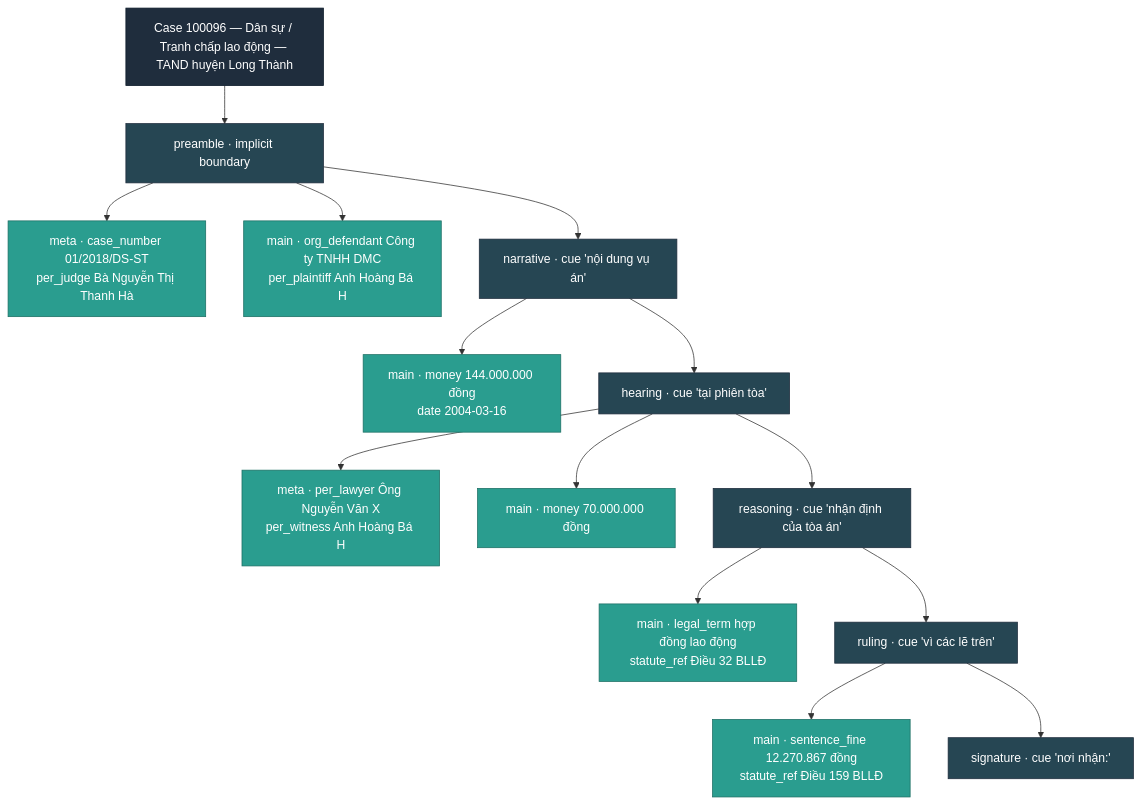
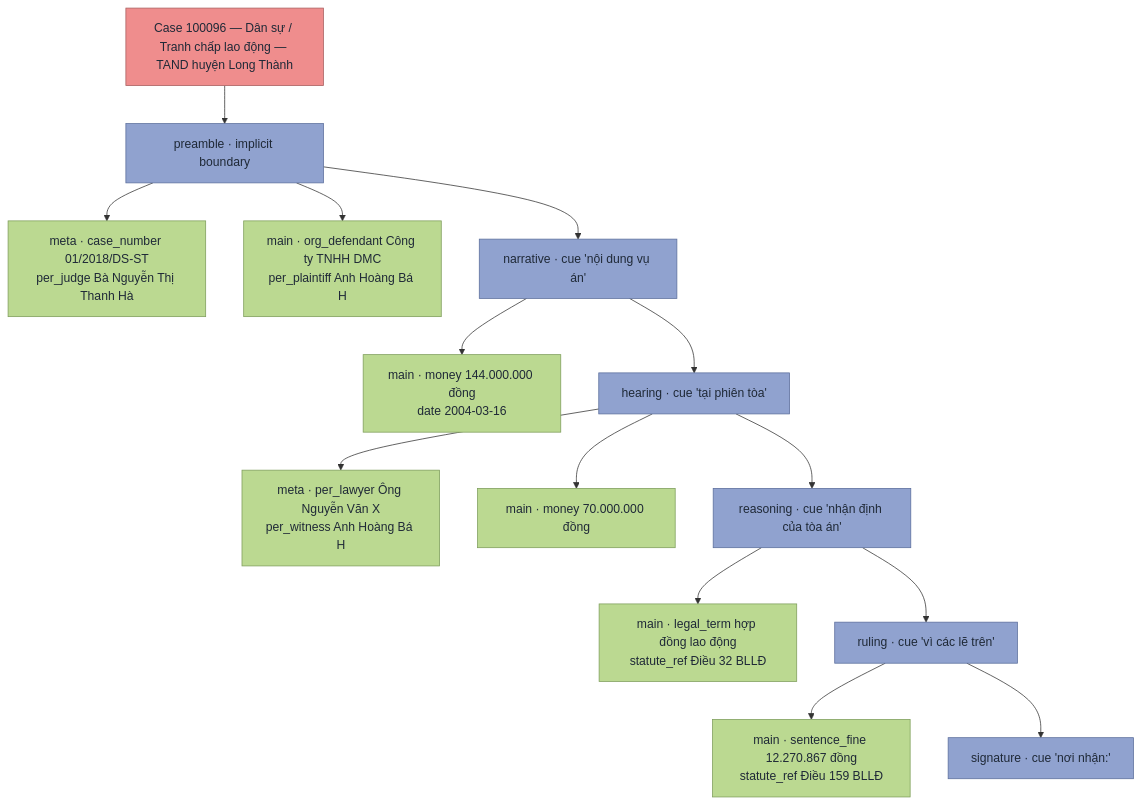
Before and after one commit to tmquan/ViLA: the diagram in wiki/DEVELOPMENT.md, drawn with Mermaid. The commit also changed 22 other files, not shown here.

````diff
--- a/wiki/DEVELOPMENT.md
+++ b/wiki/DEVELOPMENT.md
@@ -635,41 +635,41 @@
 ```mermaid
 flowchart TB
     H[Case 100096 — Dân sự / Tranh chấp lao động — TAND huyện Long Thành]:::header
 
     P[preamble · implicit boundary]:::phase
     P_meta[meta · case_number 01/2018/DS-ST<br/>per_judge Bà Nguyễn Thị Thanh Hà]:::introduced
     P_main[main · org_defendant Công ty TNHH DMC<br/>per_plaintiff Anh Hoàng Bá H]:::introduced
 
     N[narrative · cue 'nội dung vụ án']:::phase
     N_main[main · money 144.000.000 đồng<br/>date 2004-03-16]:::introduced
 
     R[hearing · cue 'tại phiên tòa']:::phase
     R_meta[meta · per_lawyer Ông Nguyễn Văn X<br/>per_witness Anh Hoàng Bá H]:::introduced
     R_main[main · money 70.000.000 đồng]:::introduced
 
     J[reasoning · cue 'nhận định của tòa án']:::phase
     J_main[main · legal_term hợp đồng lao động<br/>statute_ref Điều 32 BLLĐ]:::introduced
 
     O[ruling · cue 'vì các lẽ trên']:::phase
     O_main[main · sentence_fine 12.270.867 đồng<br/>statute_ref Điều 159 BLLĐ]:::introduced
 
     S["signature · cue 'nơi nhận:'"]:::phase
 
     H --> P
     P --> P_meta
     P --> P_main
     P --> N
     N --> N_main
     N --> R
     R --> R_meta
     R --> R_main
     R --> J
     J --> J_main
     J --> O
     O --> O_main
     O --> S
 
-    classDef header  fill:#1f2d3d,stroke:#0d1b2a,color:#ffffff;
-    classDef phase   fill:#264653,stroke:#1f2d3d,color:#ffffff;
-    classDef introduced fill:#2a9d8f,stroke:#1d6f64,color:#ffffff;
+    classDef header     fill:#EF8D8D,stroke:#A85F5F,color:#1F2937;
+    classDef phase      fill:#90A2CF,stroke:#5B6E9C,color:#1F2937;
+    classDef introduced fill:#BBD991,stroke:#7E9D5B,color:#1F2937;
 ```
````
